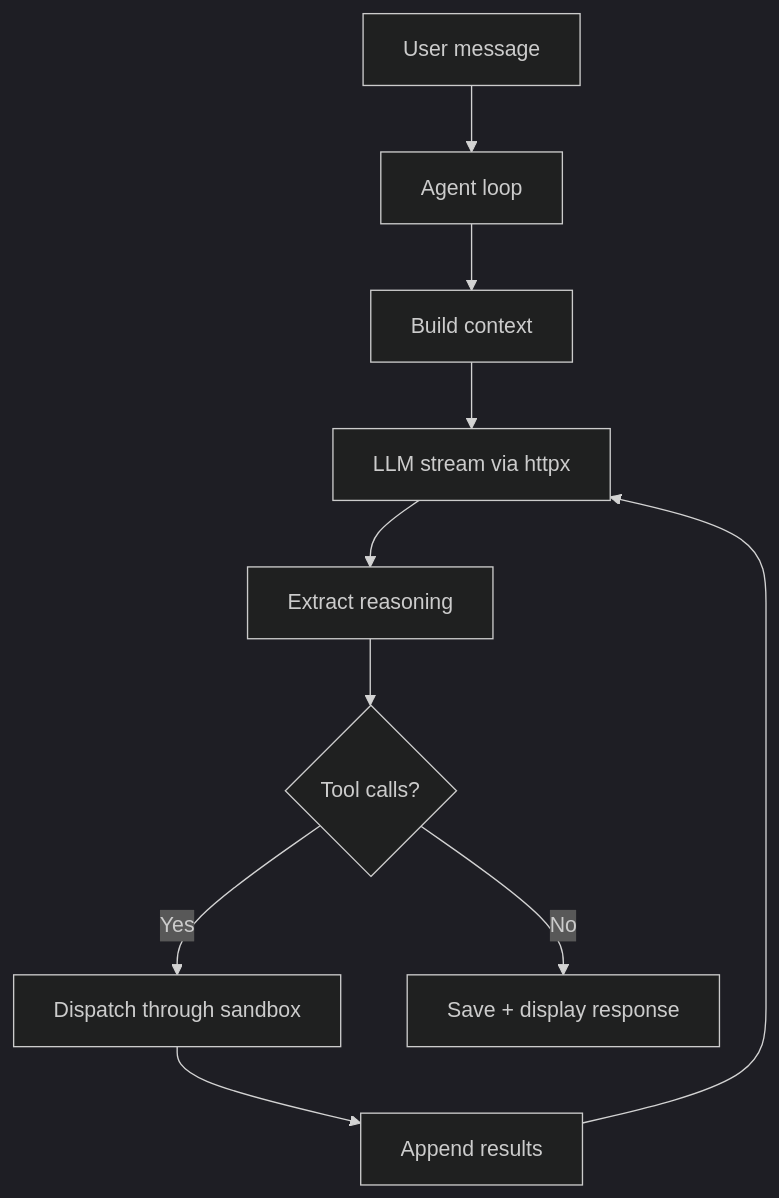
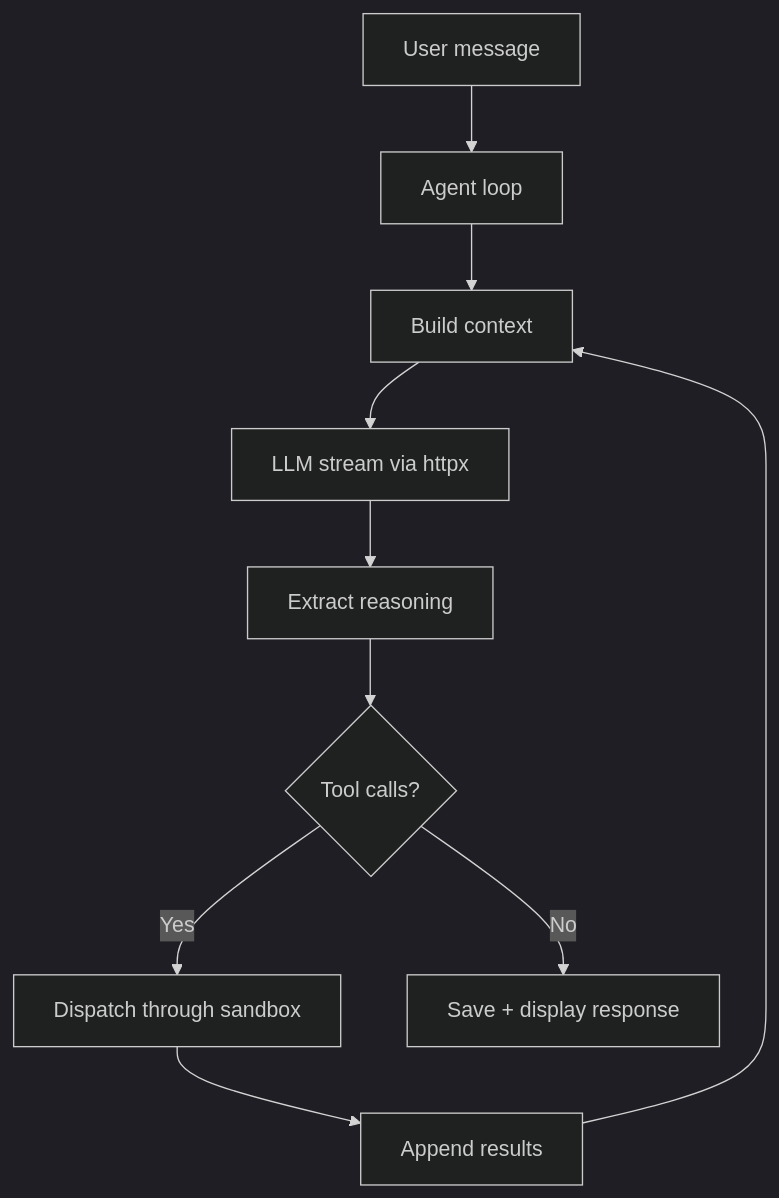
Before and after one commit to tianjianjiang/stoiquent: the diagram in docs/design.md, drawn with Mermaid (dark theme). The commit also changed other lines of this file and 1 other file, not shown here.

````diff
--- a/docs/design.md
+++ b/docs/design.md
@@ -35,12 +48,12 @@
 ```mermaid
 flowchart TD
     A[User message] --> B[Agent loop]
     B --> C[Build context]
     C --> D[LLM stream via httpx]
     D --> E[Extract reasoning]
     E --> F{Tool calls?}
     F -- Yes --> G[Dispatch through sandbox]
     G --> H[Append results]
-    H --> D
+    H --> C
     F -- No --> I[Save + display response]
 ```
````
